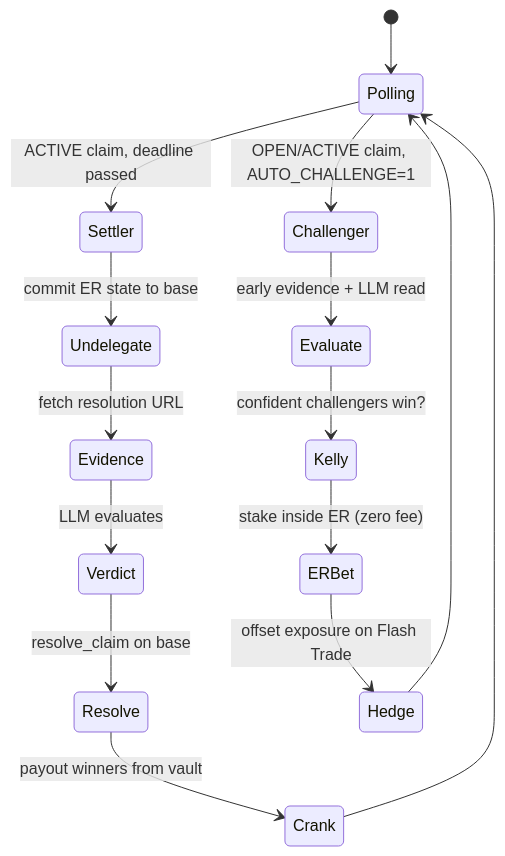
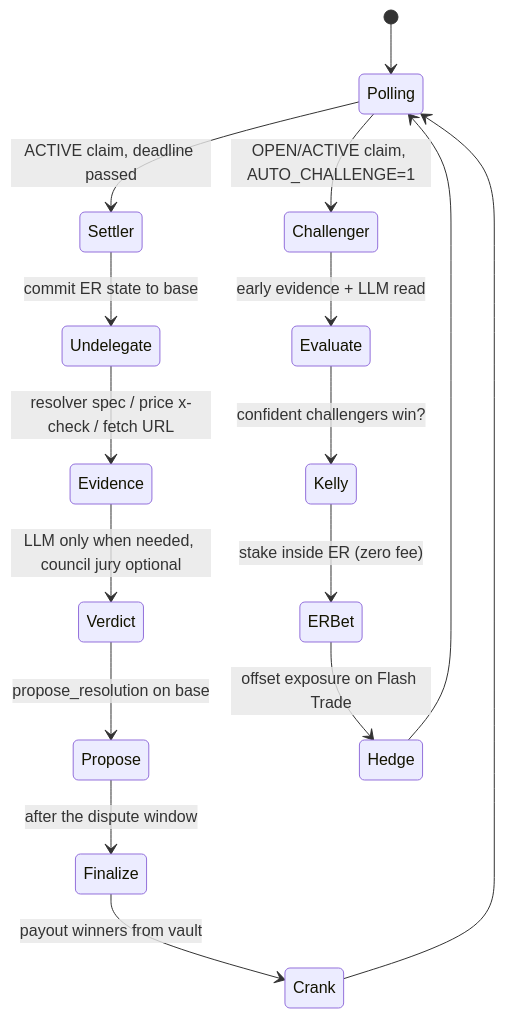
The fourth of 6 diagrams in README.md (enliven17/mimir-markets), drawn with Mermaid before and after one commit. The commit also changed other lines of this file and 4 other files, not shown here.

Commit message:
docs: bring the readme, docs page, solana and council docs in line with the v3 propose-dispute-finalize flow, the 20-persona council, ansem markets and the single railway service

````diff
--- a/README.md
+++ b/README.md
@@ -219,19 +222,20 @@
 ```mermaid
 stateDiagram-v2
     [*] --> Polling
     Polling --> Settler: ACTIVE claim, deadline passed
     Polling --> Challenger: OPEN/ACTIVE claim, AUTO_CHALLENGE=1
 
     Settler --> Undelegate: commit ER state to base
-    Undelegate --> Evidence: fetch resolution URL
-    Evidence --> Verdict: LLM evaluates
-    Verdict --> Resolve: resolve_claim on base
-    Resolve --> Crank: payout winners from vault
+    Undelegate --> Evidence: resolver spec / price x-check / fetch URL
+    Evidence --> Verdict: LLM only when needed, council jury optional
+    Verdict --> Propose: propose_resolution on base
+    Propose --> Finalize: after the dispute window
+    Finalize --> Crank: payout winners from vault
     Crank --> Polling
 
     Challenger --> Evaluate: early evidence + LLM read
     Evaluate --> Kelly: confident challengers win?
     Kelly --> ERBet: stake inside ER (zero fee)
     ERBet --> Hedge: offset exposure on Flash Trade
     Hedge --> Polling
 ```
````
